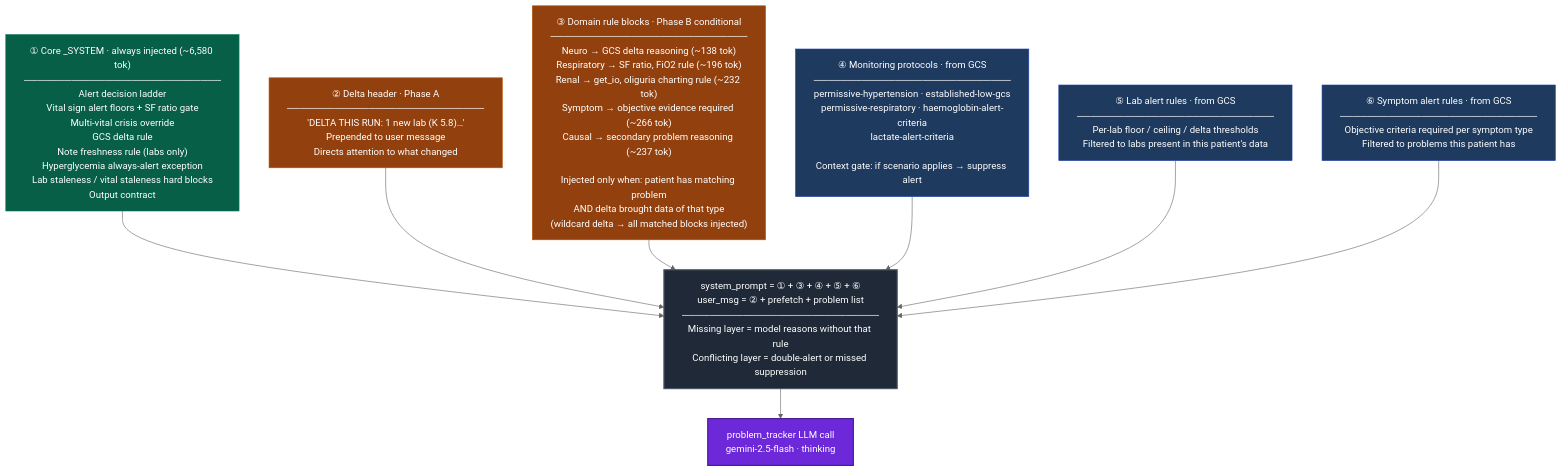
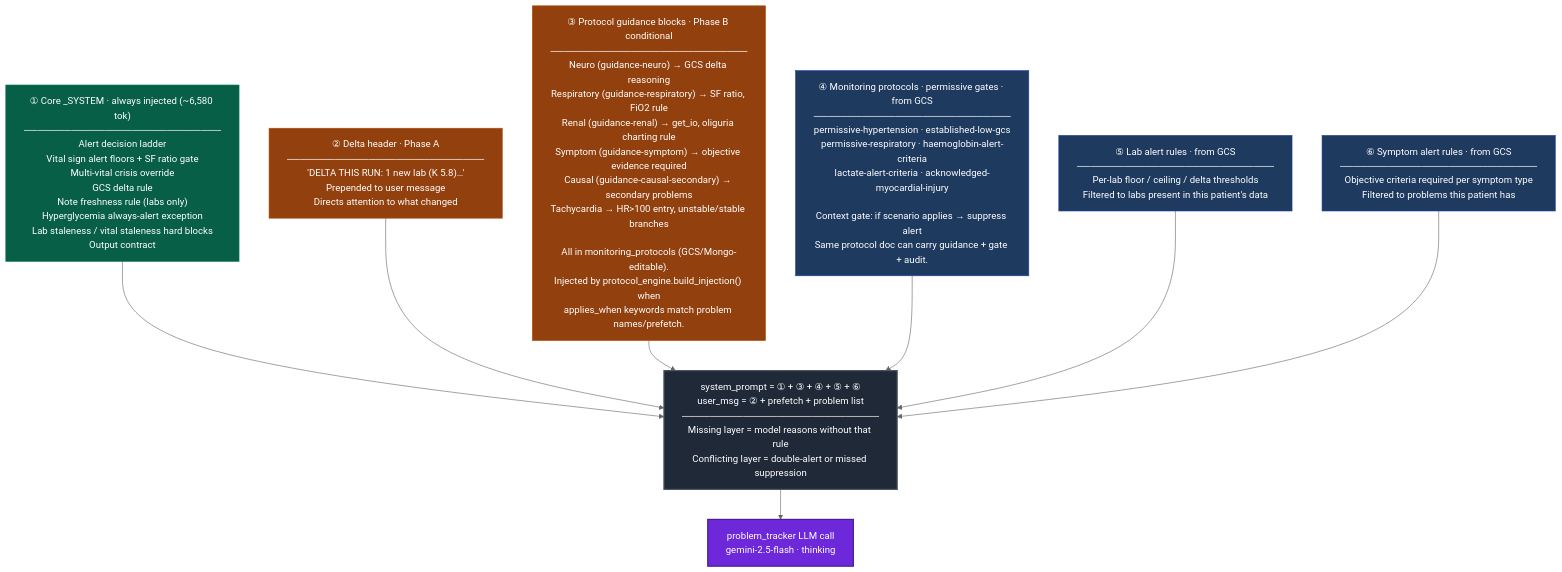
One commit to drdileepunni/llm_wiki changed the third of 5 diagrams in dashboard/docs/pipeline_overview.md. Above: the diagram before and after it, drawn with Mermaid (neutral theme). The commit also changed 12 other files, not shown here.

Commit message:
Unified monitoring protocols and clinical rule blocks

````diff
--- a/dashboard/docs/pipeline_overview.md
+++ b/dashboard/docs/pipeline_overview.md
@@ -213,32 +213,32 @@
 ```mermaid
 flowchart TB
     classDef always fill:#065f46,color:#fff,stroke:#047857
     classDef conditional fill:#92400e,color:#fff,stroke:#b45309
     classDef gcs fill:#1e3a5f,color:#fff,stroke:#1e40af
     classDef assembly fill:#1f2937,color:#fff,stroke:#4b5563,stroke-width:2px
     classDef llm fill:#6d28d9,color:#fff,stroke:#4c1d95,stroke-width:2px
 
     CORE["① Core _SYSTEM · always injected (~6,580 tok)\n─────────────────────────────\nAlert decision ladder\nVital sign alert floors + SF ratio gate\nMulti-vital crisis override\nGCS delta rule\nNote freshness rule (labs only)\nHyperglycemia always-alert exception\nLab staleness / vital staleness hard blocks\nOutput contract"]:::always
 
     DELTA_HDR["② Delta header · Phase A\n─────────────────────────────\n'DELTA THIS RUN: 1 new lab (K 5.8)…'\nPrepended to user message\nDirects attention to what changed"]:::conditional
 
-    DOMAIN["③ Domain rule blocks · Phase B conditional\n─────────────────────────────\nNeuro → GCS delta reasoning (~138 tok)\nRespiratory → SF ratio, FiO2 rule (~196 tok)\nRenal → get_io, oliguria charting rule (~232 tok)\nSymptom → objective evidence required (~266 tok)\nCausal → secondary problem reasoning (~237 tok)\n\nInjected only when: patient has matching problem\nAND delta brought data of that type\n(wildcard delta → all matched blocks injected)"]:::conditional
+    DOMAIN["③ Protocol guidance blocks · Phase B conditional\n─────────────────────────────\nNeuro (guidance-neuro) → GCS delta reasoning\nRespiratory (guidance-respiratory) → SF ratio, FiO2 rule\nRenal (guidance-renal) → get_io, oliguria charting rule\nSymptom (guidance-symptom) → objective evidence required\nCausal (guidance-causal-secondary) → secondary problems\nTachycardia → HR>100 entry, unstable/stable branches\n\nAll in monitoring_protocols (GCS/Mongo-editable).\nInjected by protocol_engine.build_injection() when\napplies_when keywords match problem names/prefetch."]:::conditional
 
-    PROTO["④ Monitoring protocols · from GCS\n─────────────────────────────\npermissive-hypertension · established-low-gcs\npermissive-respiratory · haemoglobin-alert-criteria\nlactate-alert-criteria\n\nContext gate: if scenario applies → suppress alert"]:::gcs
+    PROTO["④ Monitoring protocols · permissive gates · from GCS\n─────────────────────────────\npermissive-hypertension · established-low-gcs\npermissive-respiratory · haemoglobin-alert-criteria\nlactate-alert-criteria · acknowledged-myocardial-injury\n\nContext gate: if scenario applies → suppress alert\nSame protocol doc can carry guidance + gate + audit."]:::gcs
 
     LAB["⑤ Lab alert rules · from GCS\n─────────────────────────────\nPer-lab floor / ceiling / delta thresholds\nFiltered to labs present in this patient's data"]:::gcs
 
     SYM["⑥ Symptom alert rules · from GCS\n─────────────────────────────\nObjective criteria required per symptom type\nFiltered to problems this patient has"]:::gcs
 
     SP["system_prompt = ① + ③ + ④ + ⑤ + ⑥\nuser_msg = ② + prefetch + problem list\n─────────────────────────────\nMissing layer = model reasons without that rule\nConflicting layer = double-alert or missed suppression"]:::assembly
 
     PT["problem_tracker LLM call\ngemini-2.5-flash · thinking"]:::llm
 
     CORE --> SP
     DELTA_HDR --> SP
     DOMAIN --> SP
     PROTO --> SP
     LAB --> SP
     SYM --> SP
     SP --> PT
 ```
````
